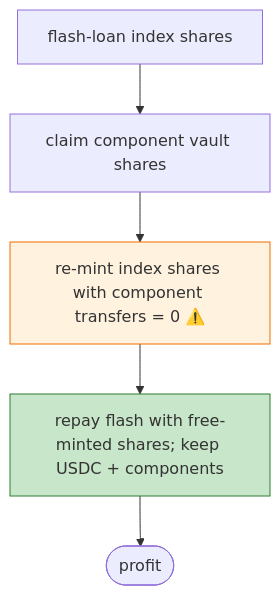
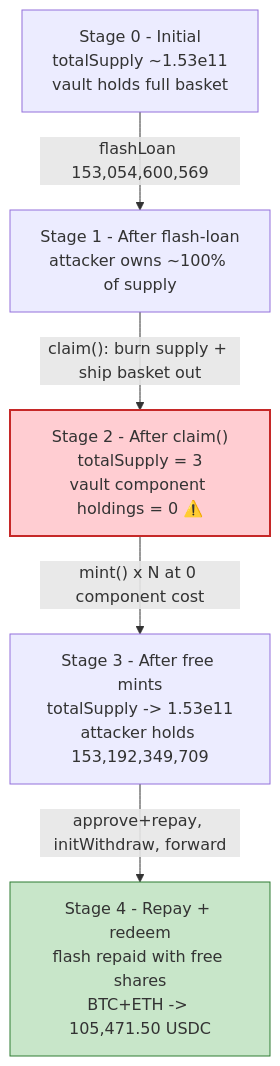
One commit to sanbir/evm-hack-registry changed the second of 4 diagrams in 2026-06-Thetanuts_exp/Thetanuts_exp.md. Above: the diagram before and after it, drawn with Mermaid. The commit also changed other lines of this file and 32 other files, not shown here.

````diff
--- a/2026-06-Thetanuts_exp/Thetanuts_exp.md
+++ b/2026-06-Thetanuts_exp/Thetanuts_exp.md
@@ -38,10 +324,16 @@
 ```mermaid
 flowchart TD
-    FL["flash-loan index shares"] --> CL["claim component vault shares"]
-    CL --> M["re-mint index shares with component transfers = 0 ⚠️"]
-    M --> RP["repay flash with free-minted shares; keep USDC + components"]
-    RP --> OUT(["profit"])
+    S0["Stage 0 - Initial<br/>totalSupply ~1.53e11<br/>vault holds full basket"]
+    S1["Stage 1 - After flash-loan<br/>attacker owns ~100% of supply"]
+    S2["Stage 2 - After claim()<br/>totalSupply = 3<br/>vault component holdings = 0 ⚠️"]
+    S3["Stage 3 - After free mints<br/>totalSupply -> 1.53e11<br/>attacker holds 153,192,349,709"]
+    S4["Stage 4 - Repay + redeem<br/>flash repaid with free shares<br/>BTC+ETH -> 105,471.50 USDC"]
 
-    style M fill:#fff3e0,stroke:#ef6c00
-    style RP fill:#c8e6c9,stroke:#2e7d32
+    S0 -->|"flashLoan 153,054,600,569"| S1
+    S1 -->|"claim(): burn supply + ship basket out"| S2
+    S2 -->|"mint() x N at 0 component cost"| S3
+    S3 -->|"approve+repay, initWithdraw, forward"| S4
+
+    style S2 fill:#ffcdd2,stroke:#c62828,stroke-width:2px
+    style S4 fill:#c8e6c9,stroke:#2e7d32
 ```
````
